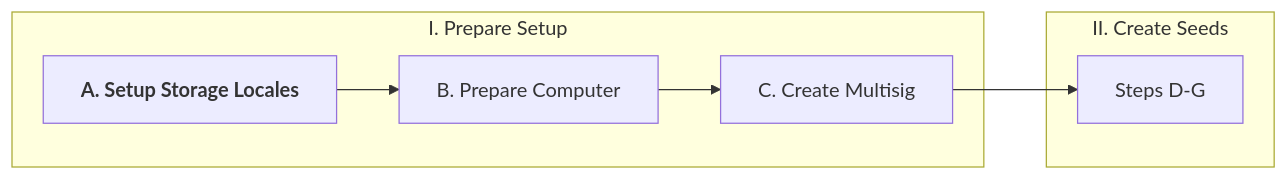
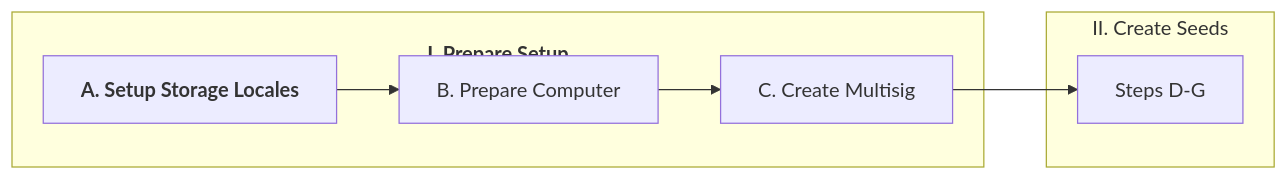
The first of 3 diagrams in Docs/Scenario-Multisig.md (BlockchainCommons/SmartCustody), drawn with Mermaid before and after one commit.

````diff
--- a/Docs/Scenario-Multisig.md
+++ b/Docs/Scenario-Multisig.md
@@ -146,13 +146,13 @@
 ```mermaid
 graph LR;
-    subgraph 1[I. Prepare Setup]
+    subgraph 1[<h4>I. Prepare Setup</h4>]
     A[<b>A. Setup Storage Locales</b>]
     B[B. Prepare Computer]
     C[C. Create Multisig]
     A-->B-->C
     end
     subgraph 2[II. Create Seeds]
     D[Steps D-G]
     end
     C-->D
 ```
````
